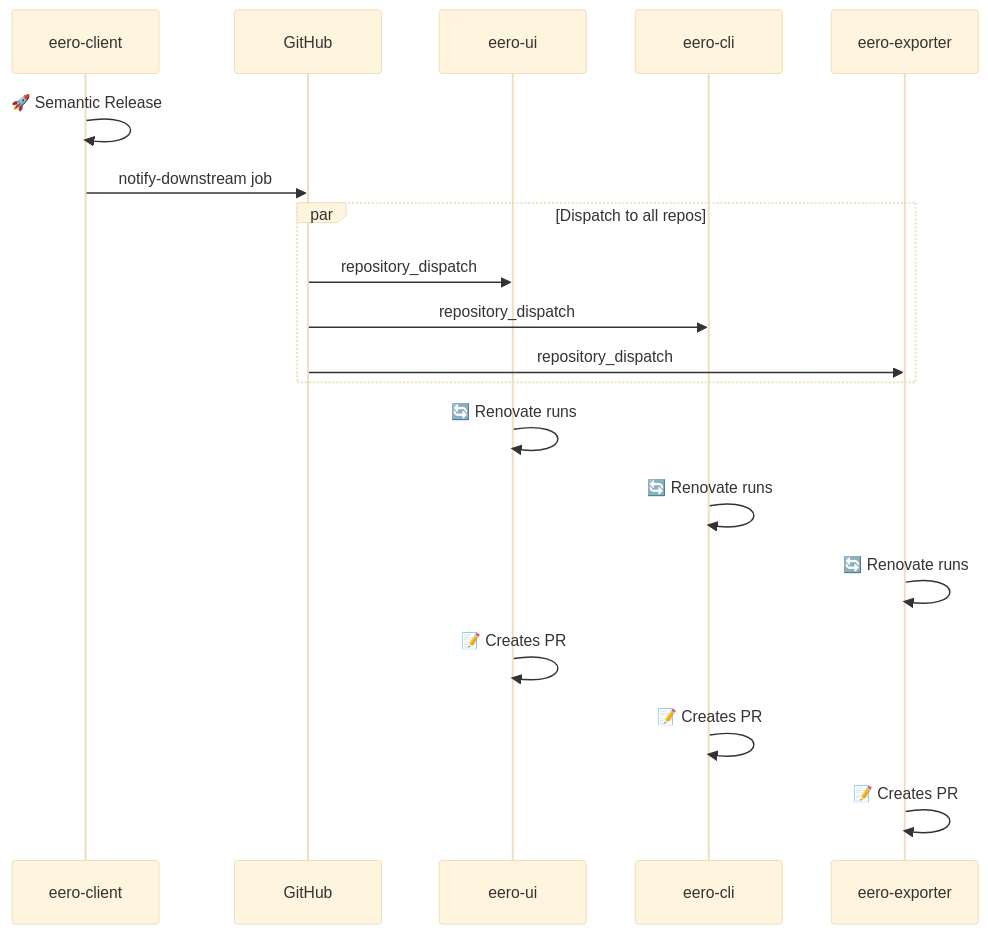
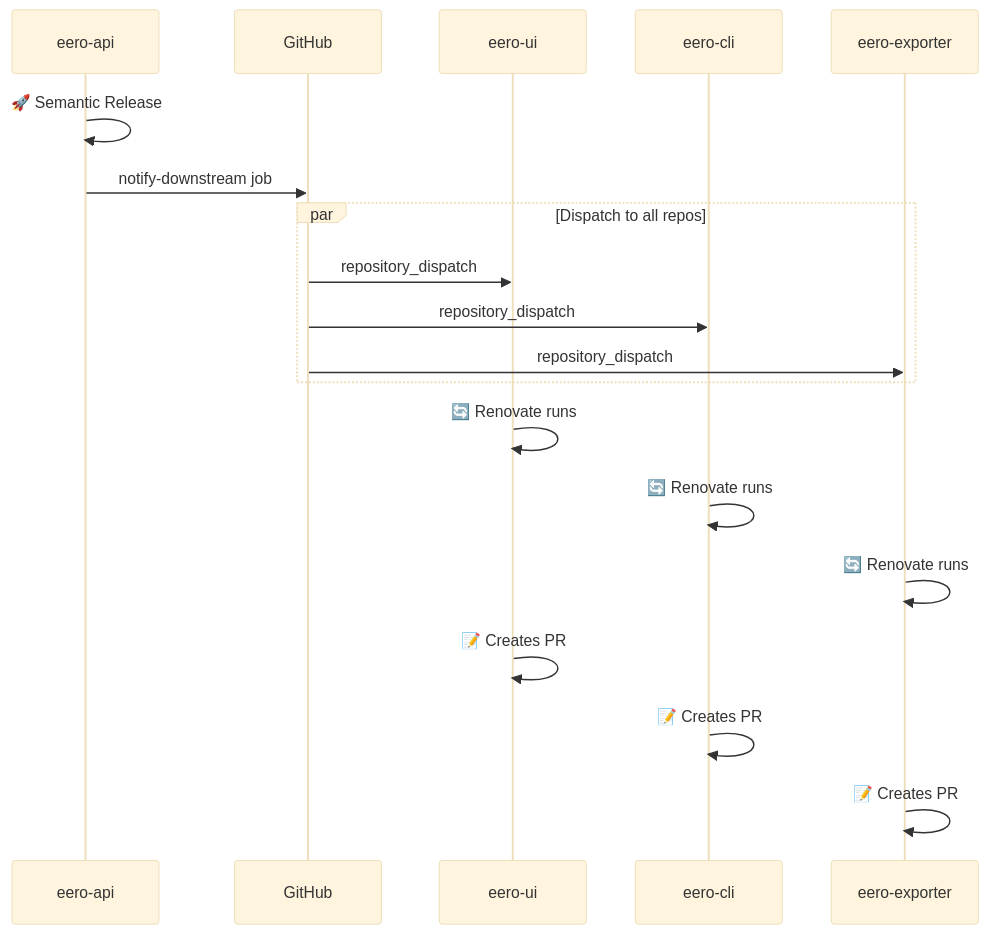
Before and after one commit to fulviofreitas/eero-ui: the second of 2 diagrams in wiki/Dependency-Updates.md, drawn with Mermaid (base theme). The commit also changed other lines of this file and 18 other files, not shown here.

First line of the commit message:
chore: rename eero-client to eero-api

````diff
--- a/wiki/Dependency-Updates.md
+++ b/wiki/Dependency-Updates.md
@@ -134,25 +134,25 @@
 ```mermaid
 sequenceDiagram
-    participant EC as eero-client
+    participant EC as eero-api
     participant GH as GitHub
     participant UI as eero-ui
     participant CLI as eero-cli
     participant EXP as eero-exporter
 
     EC->>EC: 🚀 Semantic Release
     EC->>GH: notify-downstream job
     
     par Dispatch to all repos
         GH->>UI: repository_dispatch
         GH->>CLI: repository_dispatch
         GH->>EXP: repository_dispatch
     end
 
     UI->>UI: 🔄 Renovate runs
     CLI->>CLI: 🔄 Renovate runs
     EXP->>EXP: 🔄 Renovate runs
 
     UI->>UI: 📝 Creates PR
     CLI->>CLI: 📝 Creates PR
     EXP->>EXP: 📝 Creates PR
 ```
````
